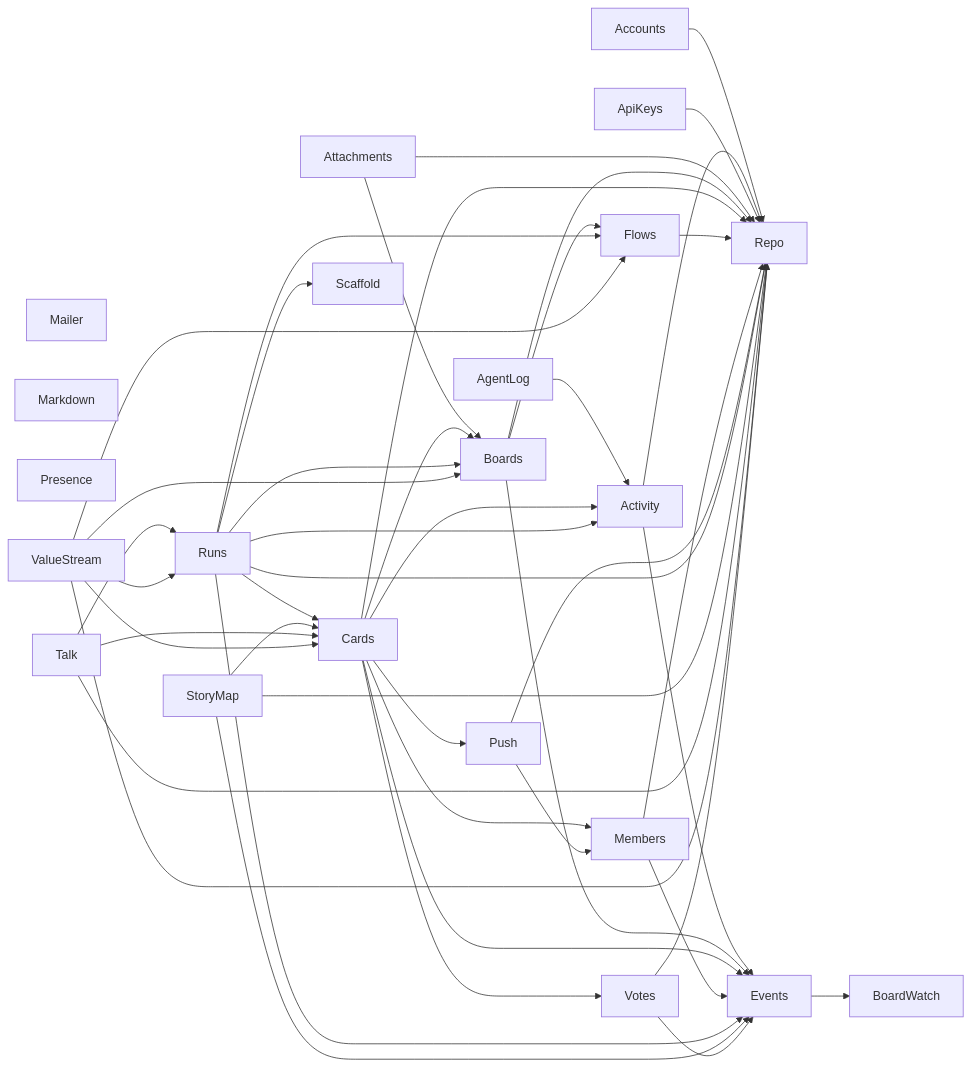
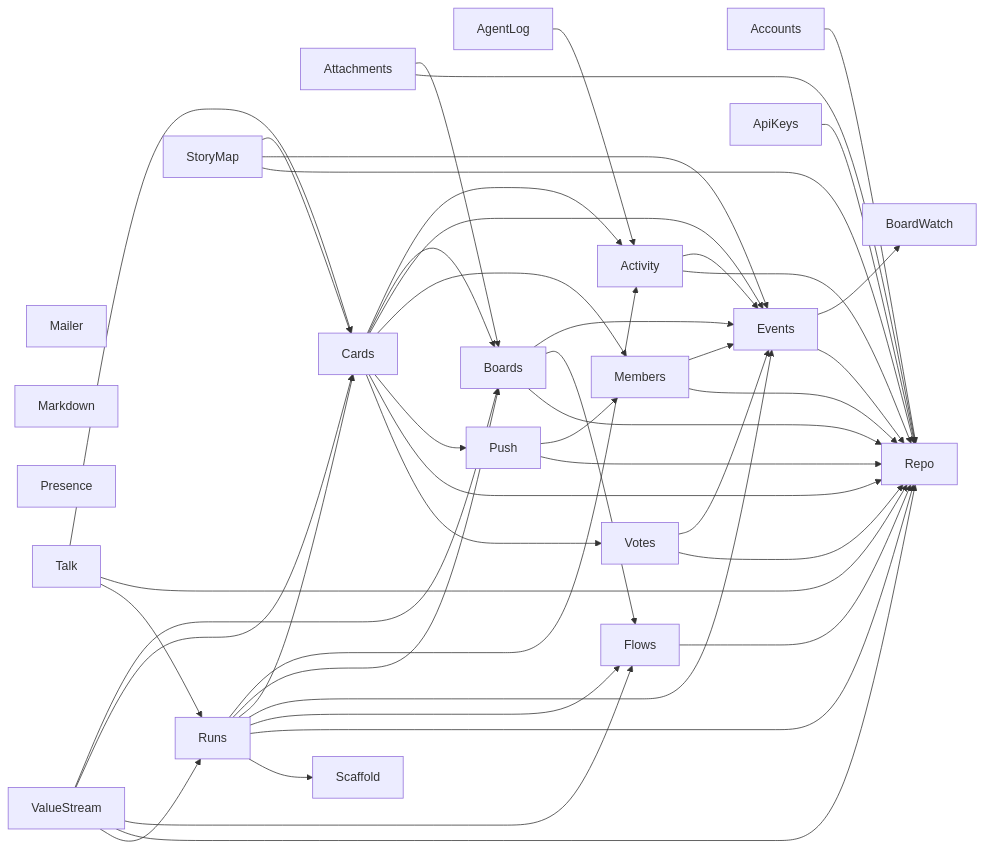
One commit to jeremylightsmith/relay changed the second of 2 diagrams in docs/architecture/deps.md. Above: the diagram before and after it, drawn with Mermaid. The commit also changed 8 other files, not shown here.

````diff
--- a/docs/architecture/deps.md
+++ b/docs/architecture/deps.md
@@ -29,49 +29,50 @@
 ```mermaid
 flowchart LR
     Mailer
     Markdown
     Presence
     Accounts --> Repo
     Activity --> Events
     Activity --> Repo
     AgentLog --> Activity
     ApiKeys --> Repo
     Attachments --> Boards
     Attachments --> Repo
     Boards --> Events
     Boards --> Flows
     Boards --> Repo
     Cards --> Activity
     Cards --> Boards
     Cards --> Events
     Cards --> Members
     Cards --> Push
     Cards --> Repo
     Cards --> Votes
     Events --> BoardWatch
+    Events --> Repo
     Flows --> Repo
     Members --> Events
     Members --> Repo
     Push --> Members
     Push --> Repo
     Runs --> Activity
     Runs --> Boards
     Runs --> Cards
     Runs --> Events
     Runs --> Flows
     Runs --> Repo
     Runs --> Scaffold
     StoryMap --> Cards
     StoryMap --> Events
     StoryMap --> Repo
     Talk --> Cards
     Talk --> Repo
     Talk --> Runs
     ValueStream --> Boards
     ValueStream --> Cards
     ValueStream --> Flows
     ValueStream --> Repo
     ValueStream --> Runs
     Votes --> Events
     Votes --> Repo
 ```
````
